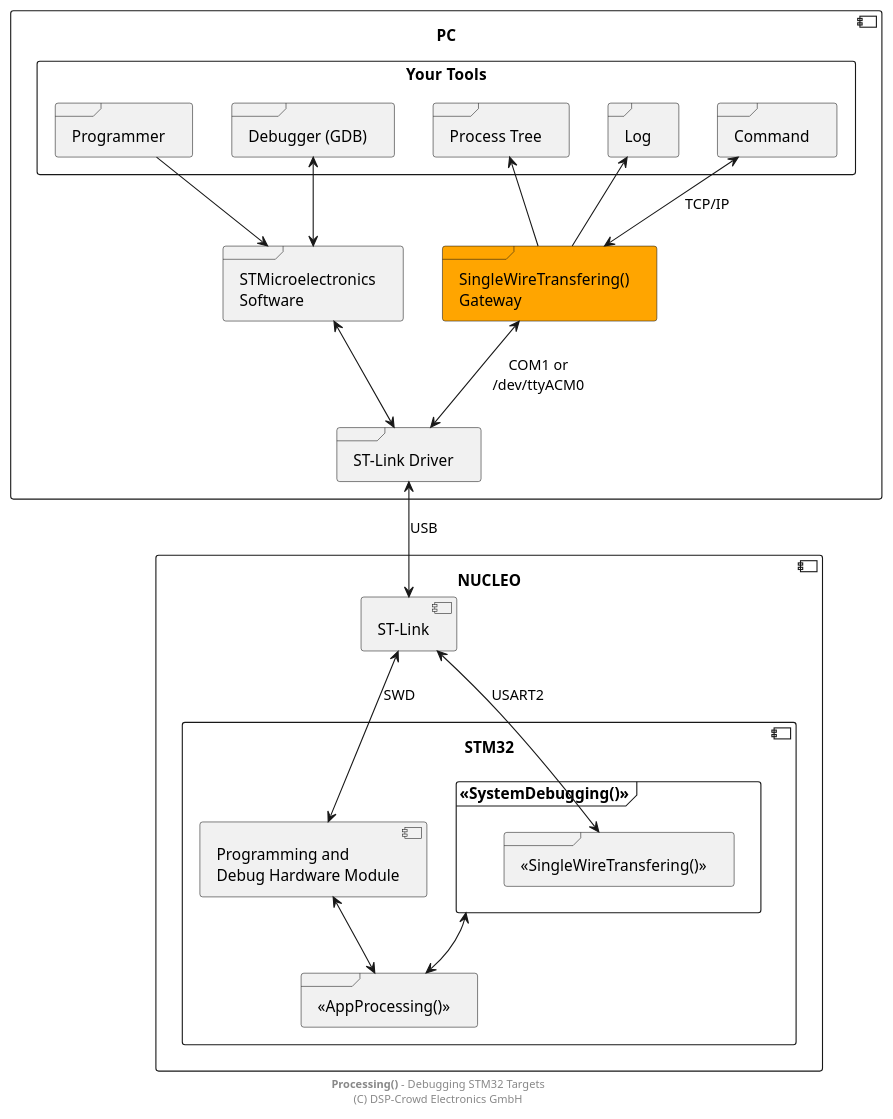
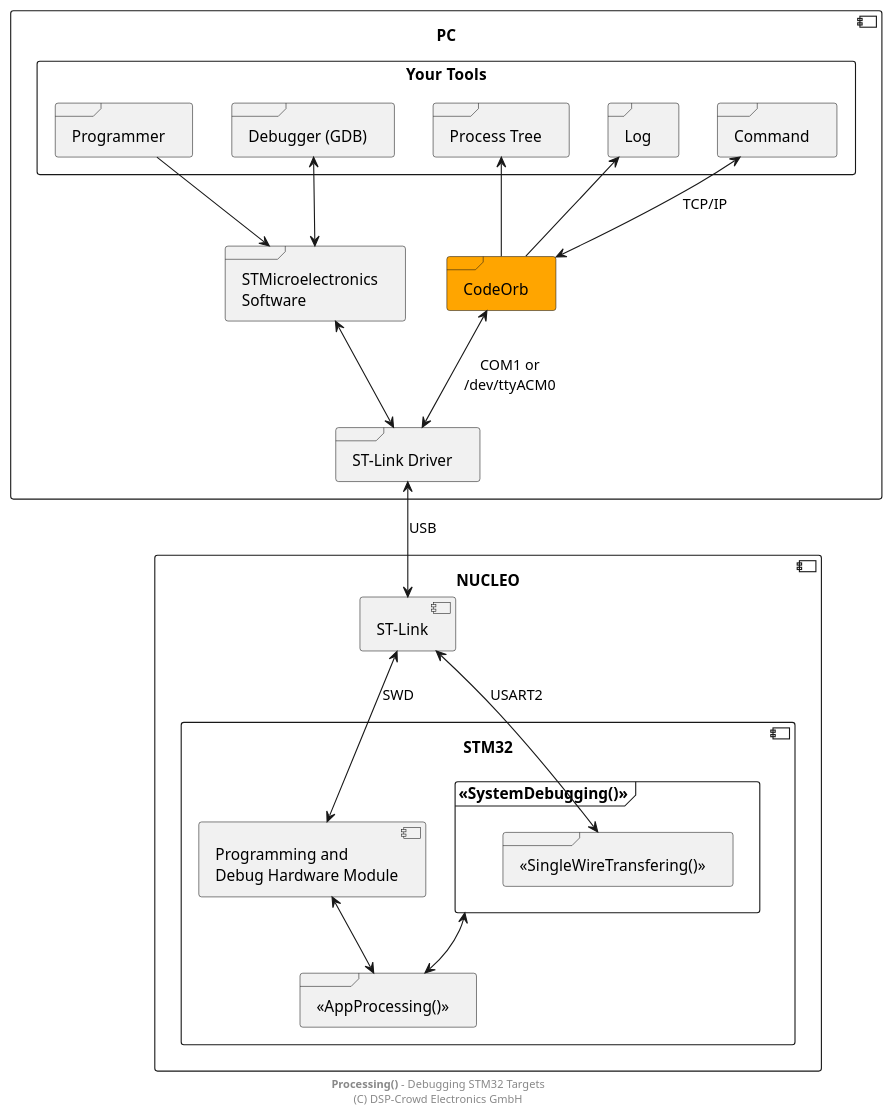
Before and after one commit to NoOrientationProgramming/code-orb: the diagram in doc/system/stm32-uart_3.pu, drawn with PlantUML. The commit also changed 6 other files, not shown here.

```diff
--- a/doc/system/stm32-uart_3.pu
+++ b/doc/system/stm32-uart_3.pu
@@ -2,64 +2,64 @@
 @startuml
 
 ' skinparam linetype ortho
 ' scale 0.6
 
 component PC as pPc {
 
 	rectangle "Your Tools" as pTools {
 
 		frame "Programmer" as pProg
 		frame "Debugger (GDB)" as pDbg
 
 		frame "Process Tree" as pTree
 		frame "Log" as pLog
 		frame "Command" as pCmd
 		' frame "Custom\nChannels" as pCustom
 	}
 
-	frame "SingleWireTransfering()\nGateway" as pGw #orange
+	frame "CodeOrb" as pGw #orange
 	frame "STMicroelectronics\nSoftware" as pStSw
 
 	frame "ST-Link Driver" as pDrv
 
 	pProg --> pStSw
 	pDbg <--> pStSw
 
 	pTree <-- pGw
 	pLog <-- pGw
 	pCmd <--> pGw : "TCP/IP"
 	' pCustom <--> pGw
 
 	pStSw <--> pDrv
 	pGw <--> pDrv : "COM1 or\n/dev/ttyACM0"
 
 	pStSw -r[hidden]- pGw
 }
 
 component "NUCLEO" as pNuc {
 
 	component "STM32" {
 
 		component "Programming and\nDebug Hardware Module" as pHwDbg
 
 		frame "<<SystemDebugging()>>" as pSysDbg {
 			frame "<<SingleWireTransfering()>>" as pSwt
 		}
 
 		frame "<<AppProcessing()>>" as pApp
 
 		pHwDbg <--> pApp
 		pSysDbg <--> pApp
 	}
 
 	component "ST-Link" as pStLink
 
 	pStLink <--> pHwDbg : SWD
 	pStLink <--> pSwt : USART2
 }
 
 pDrv <--> pStLink : USB
 
 footer **Processing()** - Debugging STM32 Targets\n(C) DSP-Crowd Electronics GmbH
 
 @enduml
```
